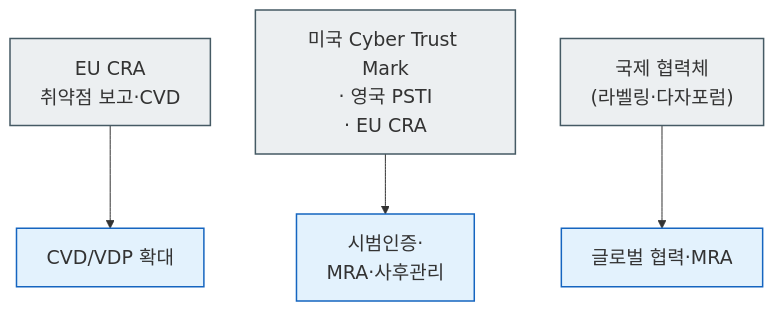
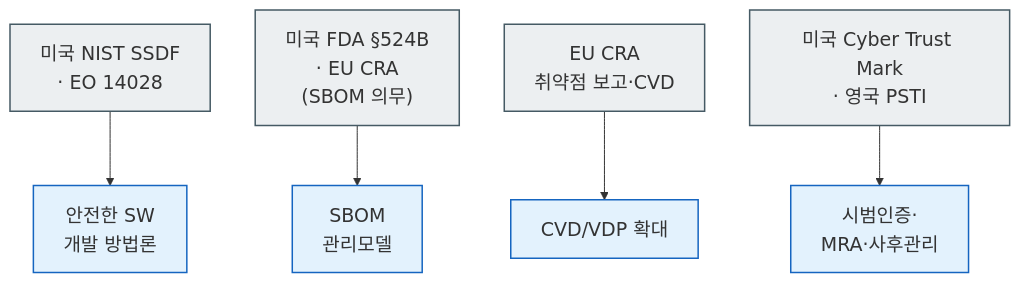
One commit to haksungjang/haksungjang.github.io changed the second of 2 diagrams in content/en/research/2026-sw-supply-chain-roadmap/_index.md. Above: the diagram before and after it, drawn with Mermaid. The commit also changed other lines of this file, not shown here.

````diff
--- a/content/en/research/2026-sw-supply-chain-roadmap/_index.md
+++ b/content/en/research/2026-sw-supply-chain-roadmap/_index.md
@@ -96,18 +79,22 @@
 ```mermaid
 %%{init: {'theme':'default', 'themeVariables': {'fontSize':'19px'}, 'flowchart': {'nodeSpacing': 45, 'rankSpacing': 60}} }%%
 flowchart TB
+    G1["미국 NIST SSDF<br/>· EO 14028"]
+    G2["미국 FDA §524B<br/>· EU CRA<br/>(SBOM 의무)"]
     G3["EU CRA<br/>취약점 보고·CVD"]
-    G4["미국 Cyber Trust Mark<br/>· 영국 PSTI<br/>· EU CRA"]
-    G5["국제 협력체<br/>(라벨링·다자포럼)"]
+    G4["미국 Cyber Trust Mark<br/>· 영국 PSTI"]
 
+    G1 --> T1["안전한 SW<br/>개발 방법론"]
+    G2 --> T2["SBOM<br/>관리모델"]
     G3 --> T4["CVD/VDP 확대"]
     G4 --> T8["시범인증·<br/>MRA·사후관리"]
-    G5 --> T9["글로벌 협력·MRA"]
 
+    style G1 fill:#eceff1,stroke:#455a64,stroke-width:1.5px
+    style G2 fill:#eceff1,stroke:#455a64,stroke-width:1.5px
     style G3 fill:#eceff1,stroke:#455a64,stroke-width:1.5px
     style G4 fill:#eceff1,stroke:#455a64,stroke-width:1.5px
-    style G5 fill:#eceff1,stroke:#455a64,stroke-width:1.5px
+    style T1 fill:#e3f2fd,stroke:#1565c0,stroke-width:1.5px
+    style T2 fill:#e3f2fd,stroke:#1565c0,stroke-width:1.5px
     style T4 fill:#e3f2fd,stroke:#1565c0,stroke-width:1.5px
     style T8 fill:#e3f2fd,stroke:#1565c0,stroke-width:1.5px
-    style T9 fill:#e3f2fd,stroke:#1565c0,stroke-width:1.5px
 ```
````
